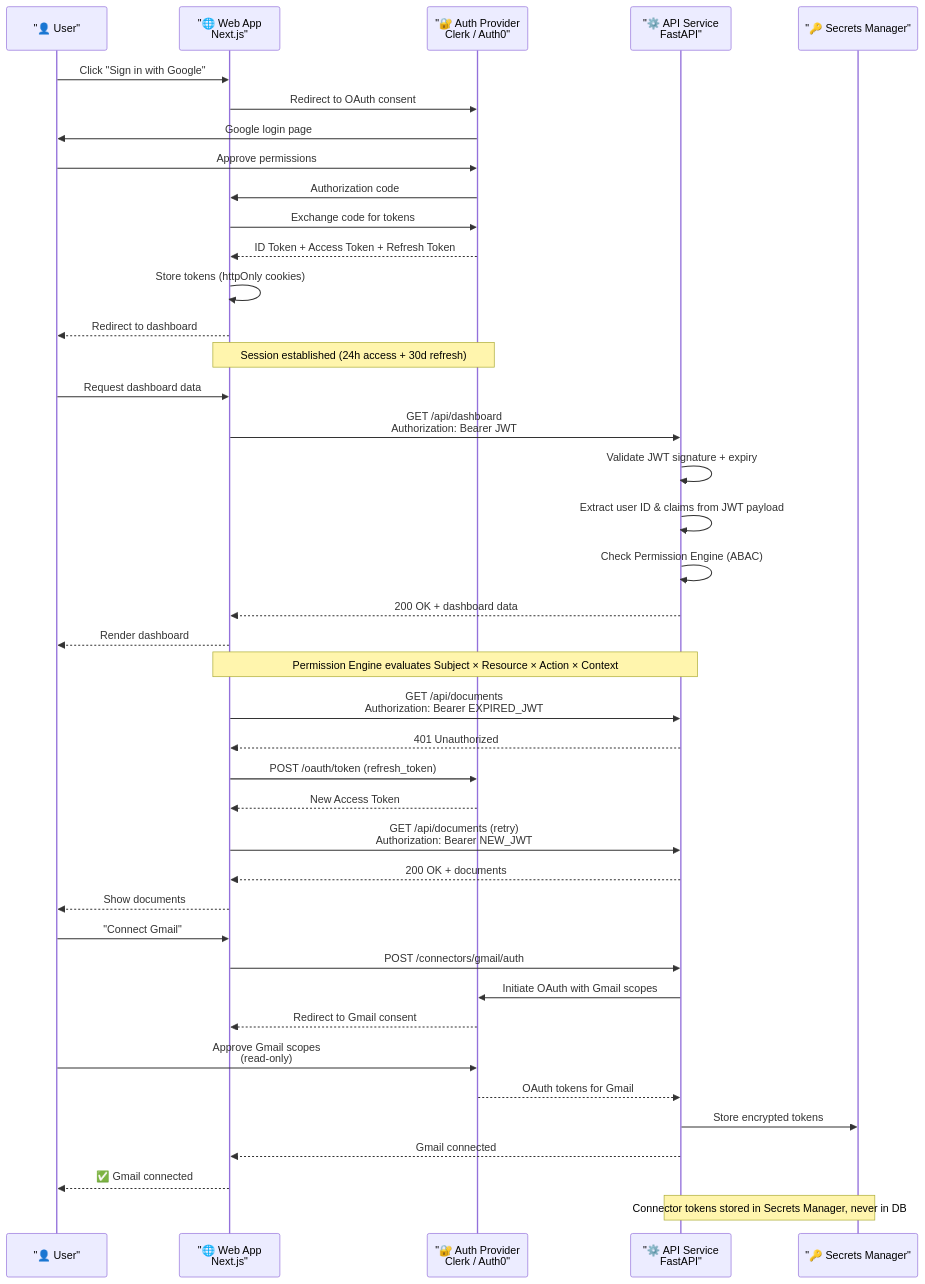
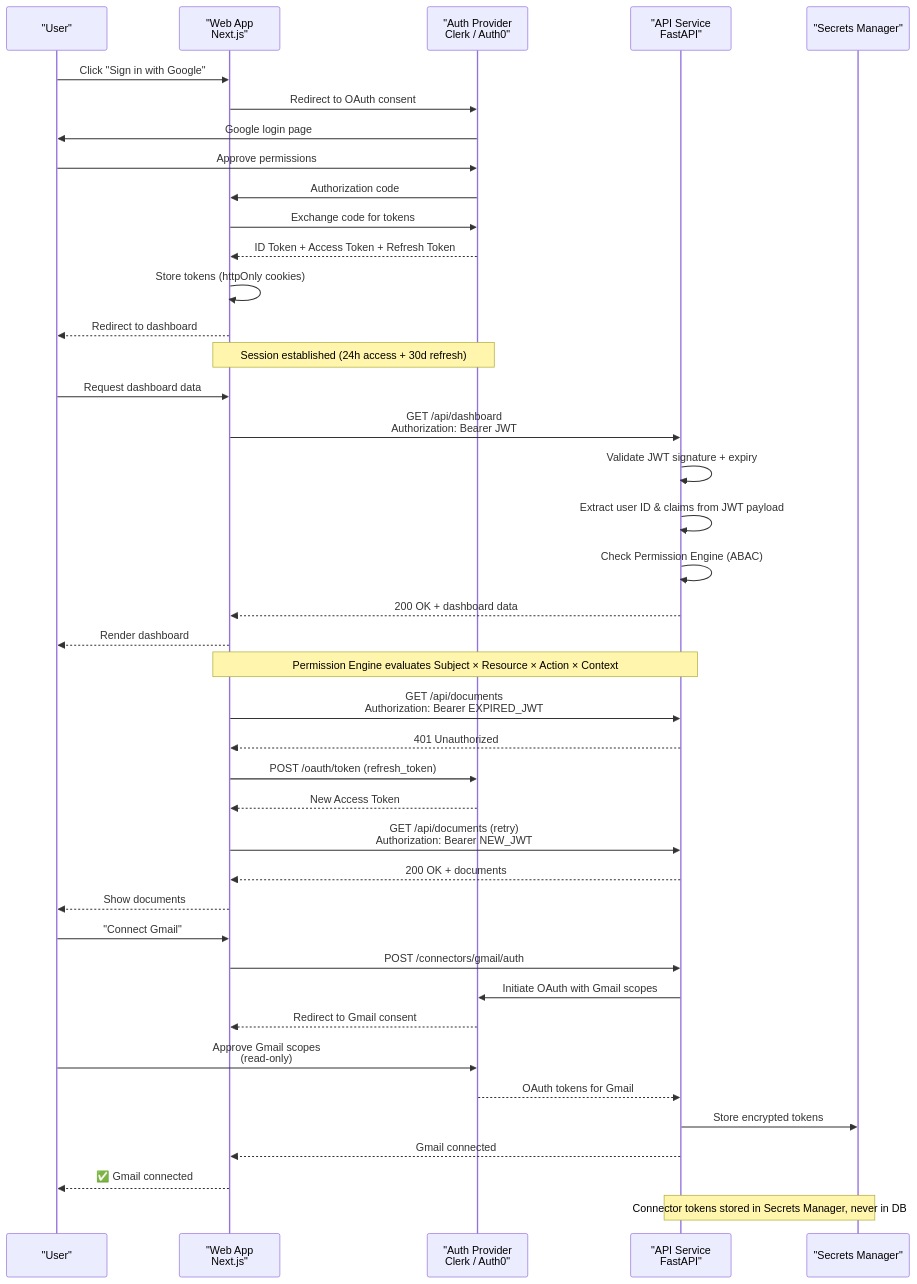
Before and after one commit to Driftloom/Vaeloom: the first of 2 diagrams in docs/backend/Authentication.md, drawn with Mermaid. The commit also changed other lines of this file and 694 other files, not shown here.

First line of the commit message:
docs: mermaid standardization — encoding/mermaid/duplicate cleanup

````diff
--- a/docs/backend/Authentication.md
+++ b/docs/backend/Authentication.md
@@ -22,54 +22,54 @@
 ```mermaid
 sequenceDiagram
-    participant User as "👤 User"
-    participant Web as "🌐 Web App<br/>Next.js"
-    participant Auth as "🔐 Auth Provider<br/>Clerk / Auth0"
-    participant API as "⚙️ API Service<br/>FastAPI"
-    participant Sec as "🔑 Secrets Manager"
+ participant User as "User"
+ participant Web as "Web App<br/>Next.js"
+ participant Auth as "Auth Provider<br/>Clerk / Auth0"
+ participant API as "API Service<br/>FastAPI"
+ participant Sec as "Secrets Manager"
 
-    %% ── LOGIN PHASE ──
-    User->>Web: Click "Sign in with Google"
-    Web->>Auth: Redirect to OAuth consent
-    Auth->>User: Google login page
-    User->>Auth: Approve permissions
-    Auth->>Web: Authorization code
-    Web->>Auth: Exchange code for tokens
-    Auth-->>Web: ID Token + Access Token + Refresh Token
-    Web->>Web: Store tokens (httpOnly cookies)
-    Web-->>User: Redirect to dashboard
+ %% ── LOGIN PHASE ──
+ User->>Web: Click "Sign in with Google"
+ Web->>Auth: Redirect to OAuth consent
+ Auth->>User: Google login page
+ User->>Auth: Approve permissions
+ Auth->>Web: Authorization code
+ Web->>Auth: Exchange code for tokens
+ Auth-->>Web: ID Token + Access Token + Refresh Token
+ Web->>Web: Store tokens (httpOnly cookies)
+ Web-->>User: Redirect to dashboard
 
-    Note over Web,Auth: Session established (24h access + 30d refresh)
+ Note over Web,Auth: Session established (24h access + 30d refresh)
 
-    %% ── API CALL PHASE ──
-    User->>Web: Request dashboard data
-    Web->>API: GET /api/dashboard<br/>Authorization: Bearer JWT
-    API->>API: Validate JWT signature + expiry
-    API->>API: Extract user ID & claims from JWT payload
-    API->>API: Check Permission Engine (ABAC)
-    API-->>Web: 200 OK + dashboard data
-    Web-->>User: Render dashboard
+ %% ── API CALL PHASE ──
+ User->>Web: Request dashboard data
+ Web->>API: GET /api/dashboard<br/>Authorization: Bearer JWT
+ API->>API: Validate JWT signature + expiry
+ API->>API: Extract user ID & claims from JWT payload
+ API->>API: Check Permission Engine (ABAC)
+ API-->>Web: 200 OK + dashboard data
+ Web-->>User: Render dashboard
 
-    Note over Web,API: Permission Engine evaluates Subject × Resource × Action × Context
+ Note over Web,API: Permission Engine evaluates Subject × Resource × Action × Context
 
-    %% ── TOKEN REFRESH PHASE ──
-    Web->>API: GET /api/documents<br/>Authorization: Bearer EXPIRED_JWT
-    API-->>Web: 401 Unauthorized
-    Web->>Auth: POST /oauth/token (refresh_token)
-    Auth-->>Web: New Access Token
-    Web->>API: GET /api/documents (retry)<br/>Authorization: Bearer NEW_JWT
-    API-->>Web: 200 OK + documents
-    Web-->>User: Show documents
+ %% ── TOKEN REFRESH PHASE ──
+ Web->>API: GET /api/documents<br/>Authorization: Bearer EXPIRED_JWT
+ API-->>Web: 401 Unauthorized
+ Web->>Auth: POST /oauth/token (refresh_token)
+ Auth-->>Web: New Access Token
+ Web->>API: GET /api/documents (retry)<br/>Authorization: Bearer NEW_JWT
+ API-->>Web: 200 OK + documents
+ Web-->>User: Show documents
 
-    %% ── CONNECTOR OAUTH PHASE ──
-    User->>Web: "Connect Gmail"
-    Web->>API: POST /connectors/gmail/auth
-    API->>Auth: Initiate OAuth with Gmail scopes
-    Auth-->>Web: Redirect to Gmail consent
-    User->>Auth: Approve Gmail scopes<br/>(read-only)
-    Auth-->>API: OAuth tokens for Gmail
-    API->>Sec: Store encrypted tokens
-    API-->>Web: Gmail connected
-    Web-->>User: ✅ Gmail connected
+ %% ── CONNECTOR OAUTH PHASE ──
+ User->>Web: "Connect Gmail"
+ Web->>API: POST /connectors/gmail/auth
+ API->>Auth: Initiate OAuth with Gmail scopes
+ Auth-->>Web: Redirect to Gmail consent
+ User->>Auth: Approve Gmail scopes<br/>(read-only)
+ Auth-->>API: OAuth tokens for Gmail
+ API->>Sec: Store encrypted tokens
+ API-->>Web: Gmail connected
+ Web-->>User: ✅ Gmail connected
 
-    Note over API,Sec: Connector tokens stored in Secrets Manager, never in DB
+ Note over API,Sec: Connector tokens stored in Secrets Manager, never in DB
 ```
````
